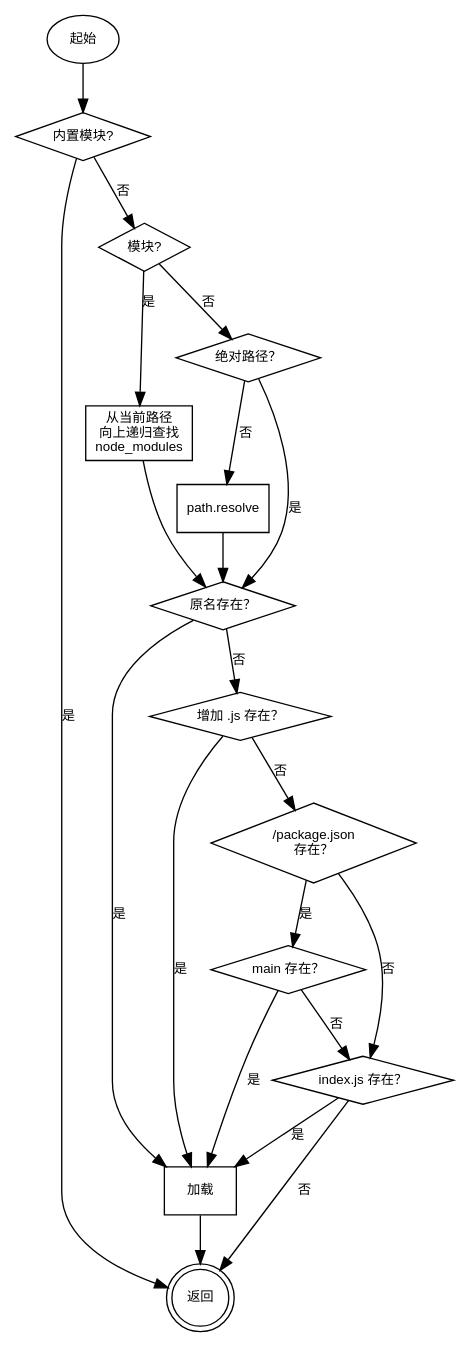
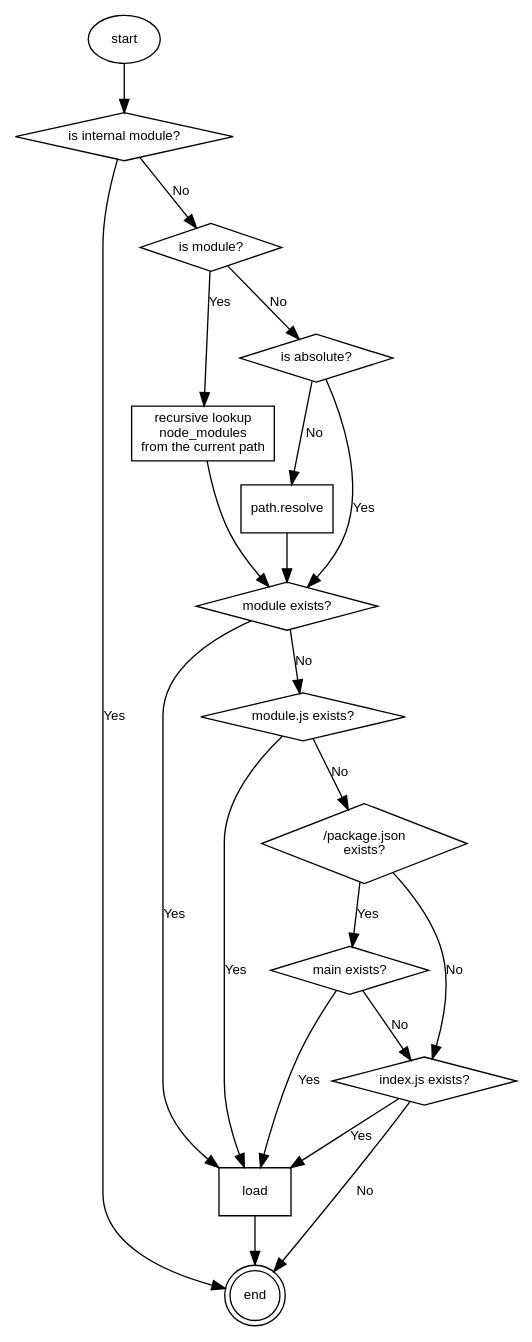
The diagram in docs/manual/module/ifs/global.md (fibjs/fibjs.org), drawn with Graphviz before and after one commit. The commit also changed other lines of this file and 229 other files, not shown here.

````diff
--- a/docs/manual/module/ifs/global.md
+++ b/docs/manual/module/ifs/global.md
@@ -76,42 +68,42 @@
 ```dot
    digraph{
        node [fontname = "Helvetica,sans-Serif", fontsize = 10];
        edge [fontname = "Helvetica,sans-Serif", fontsize = 10];
 
-       start [label="起始"];
+       start [label="start"];
        resolve [label="path.resolve" shape="rect"];
-       search [label="从当前路径\n向上递归查找\nnode_modules" shape="rect"];
-       load [label="加载" shape="rect"];
-       end [label="返回" shape="doublecircle"];
+       search [label="recursive lookup\nnode_modules\nfrom the current path" shape="rect"];
+       load [label="load" shape="rect"];
+       end [label="end" shape="doublecircle"];
 
-       is_native [label="内置模块?" shape="diamond"];
-       is_mod [label="模块?" shape="diamond"];
-       is_abs [label="绝对路径？" shape="diamond"];
-       has_file [label="原名存在？" shape="diamond"];
-       has_ext [label="增加 .js 存在？" shape="diamond"];
-       has_package [label="/package.json\n存在？" shape="diamond"];
-       has_main [label="main 存在？" shape="diamond"];
-       has_index [label="index.js 存在？" shape="diamond"];
+       is_native [label="is internal module?" shape="diamond"];
+       is_mod [label="is module?" shape="diamond"];
+       is_abs [label="is absolute?" shape="diamond"];
+       has_file [label="module exists?" shape="diamond"];
+       has_ext [label="module.js exists?" shape="diamond"];
+       has_package [label="/package.json\nexists?" shape="diamond"];
+       has_main [label="main exists?" shape="diamond"];
+       has_index [label="index.js exists?" shape="diamond"];
 
        start -> is_native;
-       is_native -> end [label="是"];
-       is_native -> is_mod [label="否"];
-       is_mod -> search [label="是"];
+       is_native -> end [label="Yes"];
+       is_native -> is_mod [label="No"];
+       is_mod -> search [label="Yes"];
        search -> has_file;
-       is_mod -> is_abs [label="否"];
-       is_abs -> has_file [label="是"];
-       is_abs -> resolve [label="否"];
+       is_mod -> is_abs [label="No"];
+       is_abs -> has_file [label="Yes"];
+       is_abs -> resolve [label="No"];
        resolve -> has_file;
-       has_file -> load [label="是"];
-       has_file -> has_ext [label="否"];
-       has_ext -> load [label="是"];
-       has_ext -> has_package [label="否"];
-       has_package -> has_main [label="是"];
-       has_package -> has_index [label="否"];
-       has_main -> load [label="是"];
-       has_main -> has_index [label="否"];
-       has_index -> load [label="是"];
-       has_index -> end [label="否"];
+       has_file -> load [label="Yes"];
+       has_file -> has_ext [label="No"];
+       has_ext -> load [label="Yes"];
+       has_ext -> has_package [label="No"];
+       has_package -> has_main [label="Yes"];
+       has_package -> has_index [label="No"];
+       has_main -> load [label="Yes"];
+       has_main -> has_index [label="No"];
+       has_index -> load [label="Yes"];
+       has_index -> end [label="No"];
        load -> end;
    }
 ```
````
